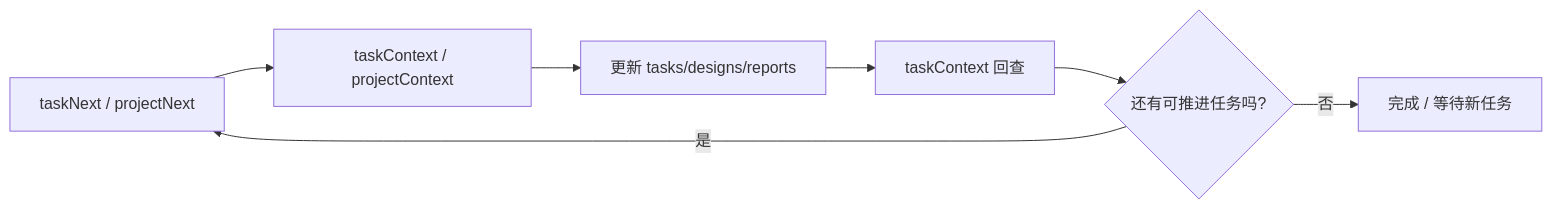
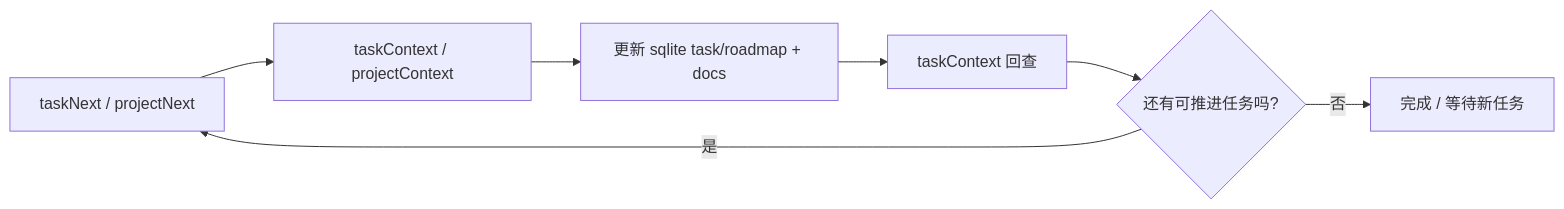
One commit to yinxulai/projitive changed the first of 2 diagrams in packages/mcp/README_CN.md. Above: the diagram before and after it, drawn with Mermaid. The commit also changed other lines of this file and 62 other files, not shown here.

Commit message:
feat(mcp): adopt sqlite-first governance flow and templated responses

````diff
--- a/packages/mcp/README_CN.md
+++ b/packages/mcp/README_CN.md
@@ -11,9 +73,9 @@
 ```mermaid
 flowchart LR
-	A[taskNext / projectNext] --> B[taskContext / projectContext]
-	B --> C[更新 tasks/designs/reports]
-	C --> D[taskContext 回查]
-	D --> E{还有可推进任务吗?}
-	E -->|是| A
-	E -->|否| F[完成 / 等待新任务]
+  A[taskNext / projectNext] --> B[taskContext / projectContext]
+  B --> C[更新 sqlite task/roadmap + docs]
+  C --> D[taskContext 回查]
+  D --> E{还有可推进任务吗?}
+  E -->|是| A
+  E -->|否| F[完成 / 等待新任务]
 ```
````
